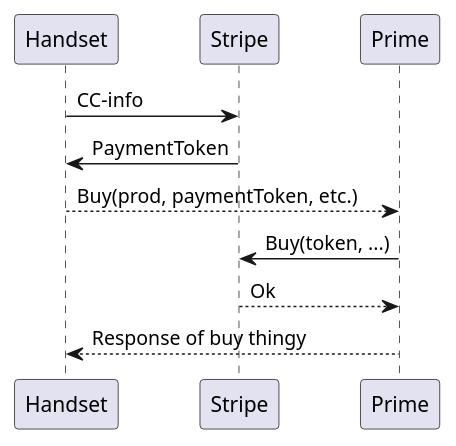
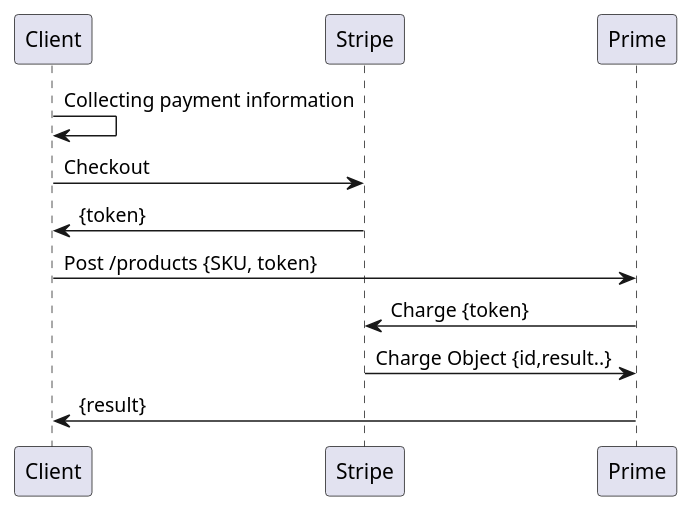
The diagram in payment-processor/doc/puml/purchase-flow.puml (ostelco/ostelco-core), drawn with PlantUML before and after one commit.

```diff
--- a/payment-processor/doc/puml/purchase-flow.puml
+++ b/payment-processor/doc/puml/purchase-flow.puml
@@ -1,10 +1,11 @@
 @startuml
 
-Handset -> Stripe : CC-info
-Stripe -> Handset: PaymentToken
-Handset --> Prime: Buy(prod, paymentToken, etc.)
-Prime -> Stripe: Buy(token, ...)
-Stripe --> Prime: Ok
-Prime ---> Handset: Response of buy thingy
+Client -> Client : Collecting payment information
+Client -> Stripe : Checkout
+Stripe -> Client: {token}
+Client -> Prime: Post /products {SKU, token}
+Prime -> Stripe: Charge {token}
+Stripe -> Prime: Charge Object {id,result..}
+Prime -> Client: {result}
 
 @enduml
```
